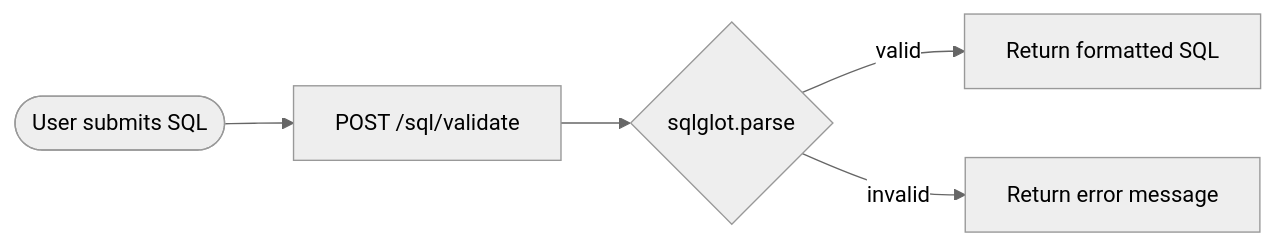
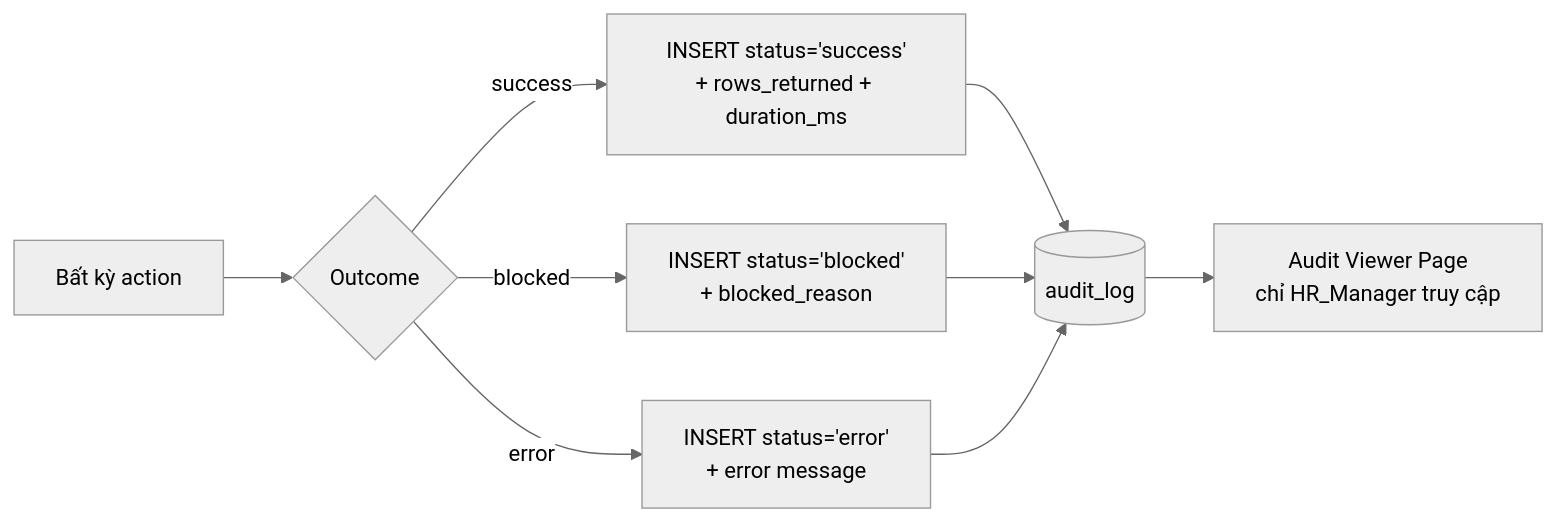
The fifth of 5 diagrams in docs/flowchart.md (CrystalJohn/AI-Business-Growth-Assistant), drawn with Mermaid (neutral theme) before and after one commit. The commit also changed other lines of this file and 56 other files, not shown here.

````diff
--- a/docs/flowchart.md
+++ b/docs/flowchart.md
@@ -54,7 +196,13 @@
 ```mermaid
 flowchart LR
-    A([User submits SQL]) --> B[POST /sql/validate]
-    B --> C{sqlglot.parse}
-    C -->|valid| D[Return formatted SQL]
-    C -->|invalid| E[Return error message]
+    A[Bất kỳ action] --> B{Outcome}
+    B -->|success| L1[INSERT status='success'<br/>+ rows_returned + duration_ms]
+    B -->|blocked| L2[INSERT status='blocked'<br/>+ blocked_reason]
+    B -->|error| L3[INSERT status='error'<br/>+ error message]
+
+    L1 --> DB[(audit_log)]
+    L2 --> DB
+    L3 --> DB
+
+    DB --> V[Audit Viewer Page<br/>chỉ HR_Manager truy cập]
 ```
````
